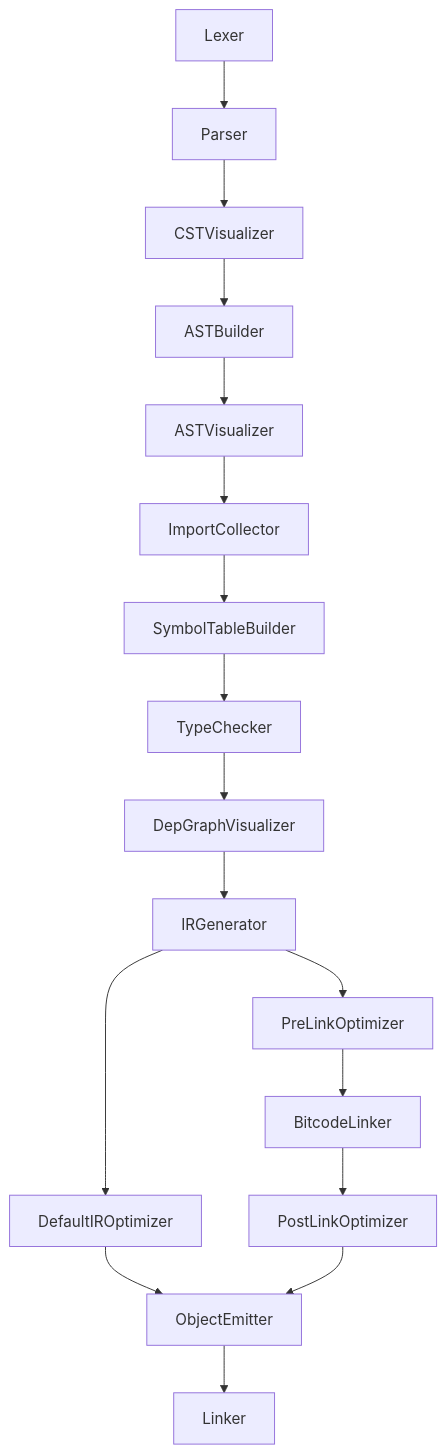
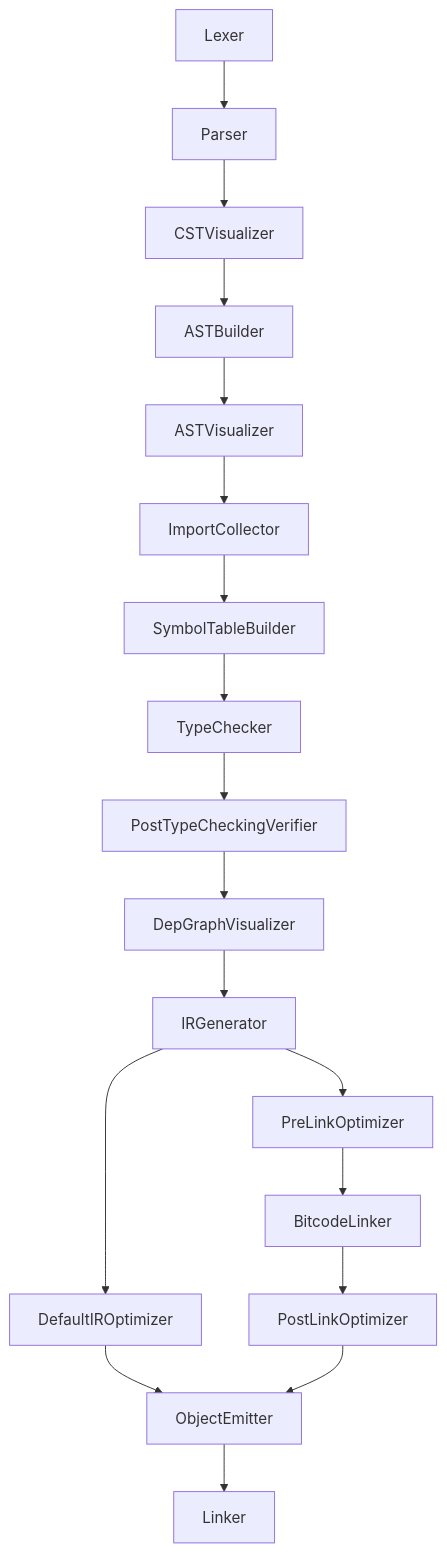
Before and after one commit to spicelang/spice: the diagram in media/specs/compile-stages.md, drawn with Mermaid. The commit also changed other lines of this file and 5 other files, not shown here.

Commit message:
Add post-TypeChecker annotation verifier (debug builds only) (#1234)

````diff
--- a/media/specs/compile-stages.md
+++ b/media/specs/compile-stages.md
@@ -8,22 +8,23 @@
 ```mermaid
 graph TD;
     Lexer-->
     Parser-->
     CSTVisualizer-->
     ASTBuilder-->
     ASTVisualizer-->
     ImportCollector-->
     SymbolTableBuilder-->
     TypeChecker-->
+    PostTypeCheckingVerifier-->
     DepGraphVisualizer-->
     IRGenerator-->
     DefaultIROptimizer-->
     ObjectEmitter-->
     Linker;
     
     IRGenerator-->
     PreLinkOptimizer-->
     BitcodeLinker-->
     PostLinkOptimizer-->
     ObjectEmitter;
 ```
````
